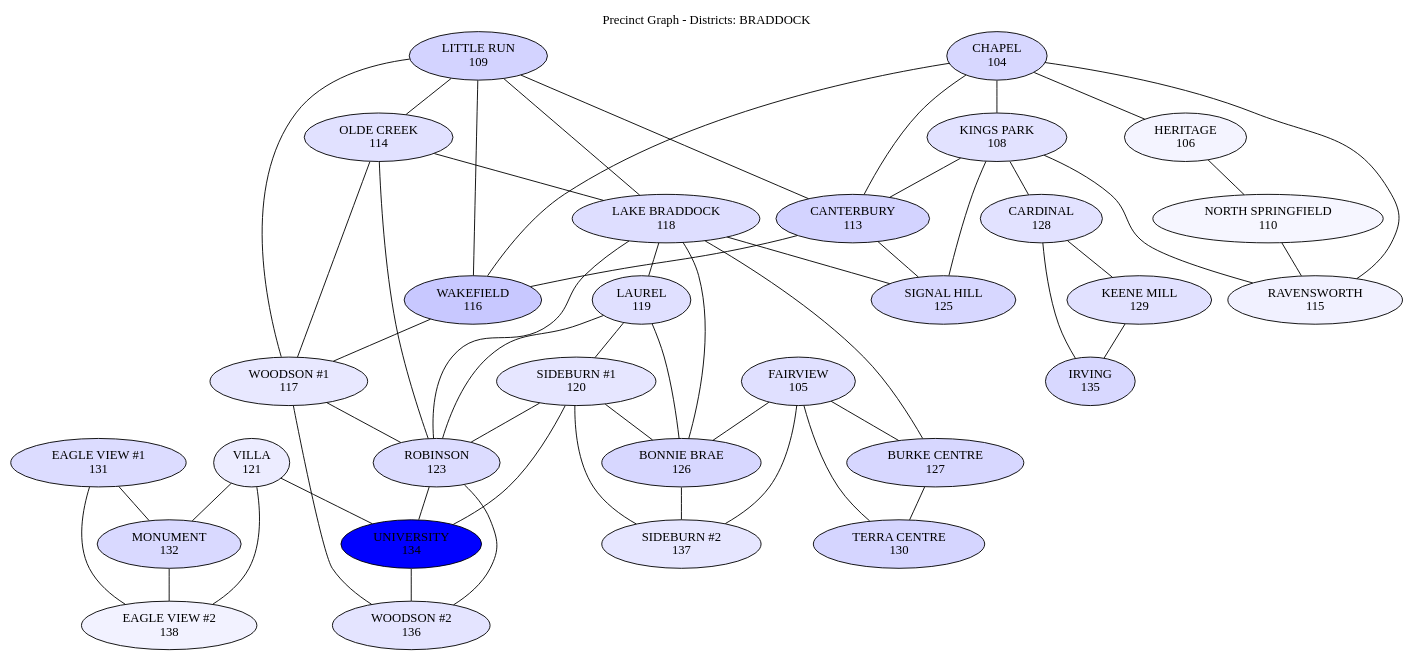
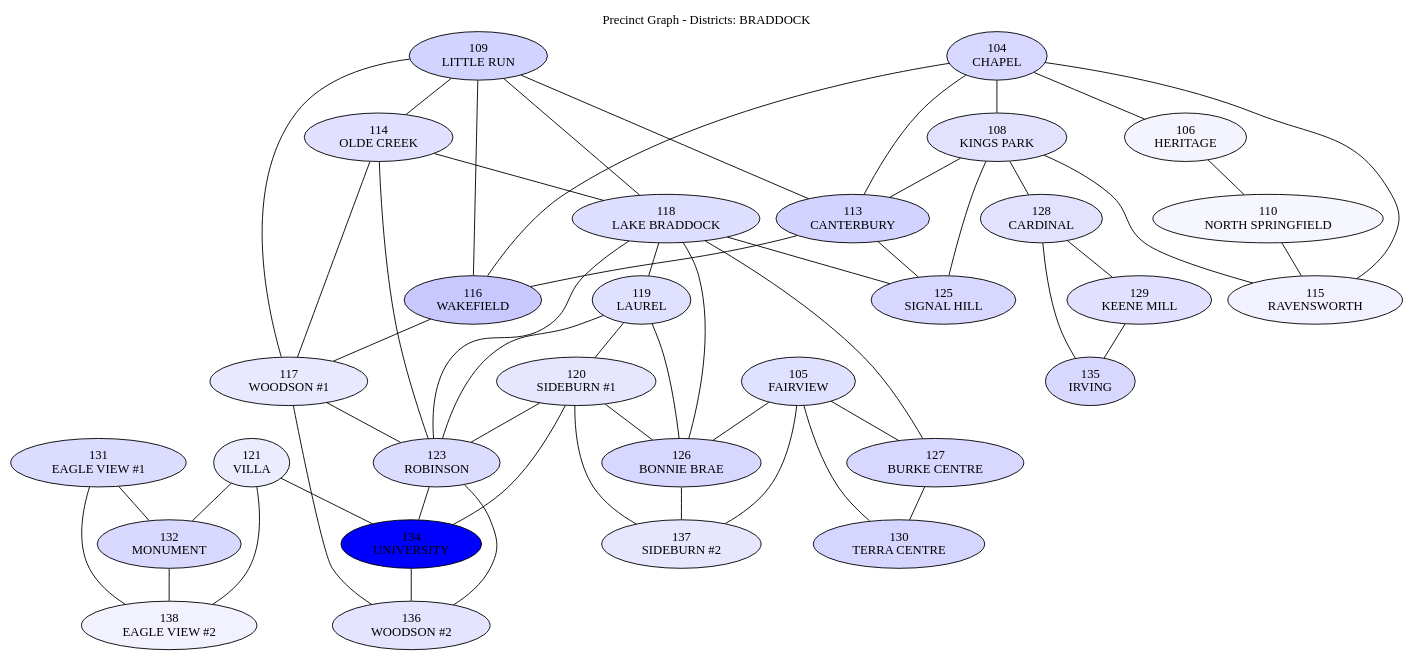
One commit to osistlk/Documents changed the diagram in data/precinct_graph.dot. Above: the diagram before and after it, drawn with Graphviz. The commit also changed 1 other file, not shown here.

Commit message:
Update precinct graph labels to display ID first for consistency

```diff
--- a/data/precinct_graph.dot
+++ b/data/precinct_graph.dot
@@ -1,91 +1,91 @@
 graph precinct_graph {
 label="Precinct Graph - Districts: BRADDOCK";
 labelloc="t";
 fontcolor="black";
 bgcolor="white";
 node [shape=ellipse, fontcolor="black", color="black", style="filled", fillcolor="lightgray"];
 edge [color="black"];
-138 [label="EAGLE VIEW #2\n138", fillcolor="#f2f2ff"];
-137 [label="SIDEBURN #2\n137", fillcolor="#e6e6ff"];
-136 [label="WOODSON #2\n136", fillcolor="#e4e4ff"];
-135 [label="IRVING\n135", fillcolor="#d8d8ff"];
-134 [label="UNIVERSITY\n134", fillcolor="#0000ff"];
+138 [label="138\nEAGLE VIEW #2", fillcolor="#f2f2ff"];
+137 [label="137\nSIDEBURN #2", fillcolor="#e6e6ff"];
+136 [label="136\nWOODSON #2", fillcolor="#e4e4ff"];
+135 [label="135\nIRVING", fillcolor="#d8d8ff"];
+134 [label="134\nUNIVERSITY", fillcolor="#0000ff"];
 134 -- 136;
-132 [label="MONUMENT\n132", fillcolor="#d9d9ff"];
+132 [label="132\nMONUMENT", fillcolor="#d9d9ff"];
 132 -- 138;
-131 [label="EAGLE VIEW #1\n131", fillcolor="#dcdcff"];
+131 [label="131\nEAGLE VIEW #1", fillcolor="#dcdcff"];
 131 -- 132;
 131 -- 138;
-130 [label="TERRA CENTRE\n130", fillcolor="#d5d5ff"];
-129 [label="KEENE MILL\n129", fillcolor="#e1e1ff"];
+130 [label="130\nTERRA CENTRE", fillcolor="#d5d5ff"];
+129 [label="129\nKEENE MILL", fillcolor="#e1e1ff"];
 129 -- 135;
-128 [label="CARDINAL\n128", fillcolor="#e2e2ff"];
+128 [label="128\nCARDINAL", fillcolor="#e2e2ff"];
 128 -- 129;
 128 -- 135;
-127 [label="BURKE CENTRE\n127", fillcolor="#d7d7ff"];
+127 [label="127\nBURKE CENTRE", fillcolor="#d7d7ff"];
 127 -- 130;
-126 [label="BONNIE BRAE\n126", fillcolor="#d7d7ff"];
+126 [label="126\nBONNIE BRAE", fillcolor="#d7d7ff"];
 126 -- 137;
-125 [label="SIGNAL HILL\n125", fillcolor="#d7d7ff"];
-123 [label="ROBINSON\n123", fillcolor="#dcdcff"];
+125 [label="125\nSIGNAL HILL", fillcolor="#d7d7ff"];
+123 [label="123\nROBINSON", fillcolor="#dcdcff"];
 123 -- 134;
 123 -- 136;
-121 [label="VILLA\n121", fillcolor="#ececff"];
+121 [label="121\nVILLA", fillcolor="#ececff"];
 121 -- 132;
 121 -- 134;
 121 -- 138;
-120 [label="SIDEBURN #1\n120", fillcolor="#e6e6ff"];
+120 [label="120\nSIDEBURN #1", fillcolor="#e6e6ff"];
 120 -- 123;
 120 -- 126;
 120 -- 134;
 120 -- 137;
-119 [label="LAUREL\n119", fillcolor="#e0e0ff"];
+119 [label="119\nLAUREL", fillcolor="#e0e0ff"];
 119 -- 120;
 119 -- 123;
 119 -- 126;
-118 [label="LAKE BRADDOCK\n118", fillcolor="#dedeff"];
+118 [label="118\nLAKE BRADDOCK", fillcolor="#dedeff"];
 118 -- 119;
 118 -- 123;
 118 -- 125;
 118 -- 126;
 118 -- 127;
-117 [label="WOODSON #1\n117", fillcolor="#e8e8ff"];
+117 [label="117\nWOODSON #1", fillcolor="#e8e8ff"];
 117 -- 123;
 117 -- 136;
-116 [label="WAKEFIELD\n116", fillcolor="#c8c8ff"];
+116 [label="116\nWAKEFIELD", fillcolor="#c8c8ff"];
 116 -- 117;
-115 [label="RAVENSWORTH\n115", fillcolor="#f1f1ff"];
-114 [label="OLDE CREEK\n114", fillcolor="#e1e1ff"];
+115 [label="115\nRAVENSWORTH", fillcolor="#f1f1ff"];
+114 [label="114\nOLDE CREEK", fillcolor="#e1e1ff"];
 114 -- 117;
 114 -- 118;
 114 -- 123;
-113 [label="CANTERBURY\n113", fillcolor="#d3d3ff"];
+113 [label="113\nCANTERBURY", fillcolor="#d3d3ff"];
 113 -- 116;
 113 -- 125;
-110 [label="NORTH SPRINGFIELD\n110", fillcolor="#f6f6ff"];
+110 [label="110\nNORTH SPRINGFIELD", fillcolor="#f6f6ff"];
 110 -- 115;
-109 [label="LITTLE RUN\n109", fillcolor="#d3d3ff"];
+109 [label="109\nLITTLE RUN", fillcolor="#d3d3ff"];
 109 -- 113;
 109 -- 114;
 109 -- 116;
 109 -- 117;
 109 -- 118;
-108 [label="KINGS PARK\n108", fillcolor="#e2e2ff"];
+108 [label="108\nKINGS PARK", fillcolor="#e2e2ff"];
 108 -- 113;
 108 -- 115;
 108 -- 125;
 108 -- 128;
-106 [label="HERITAGE\n106", fillcolor="#f4f4ff"];
+106 [label="106\nHERITAGE", fillcolor="#f4f4ff"];
 106 -- 110;
-105 [label="FAIRVIEW\n105", fillcolor="#e0e0ff"];
+105 [label="105\nFAIRVIEW", fillcolor="#e0e0ff"];
 105 -- 126;
 105 -- 127;
 105 -- 130;
 105 -- 137;
-104 [label="CHAPEL\n104", fillcolor="#d7d7ff"];
+104 [label="104\nCHAPEL", fillcolor="#d7d7ff"];
 104 -- 106;
 104 -- 108;
 104 -- 113;
 104 -- 115;
 104 -- 116;
 }
```
